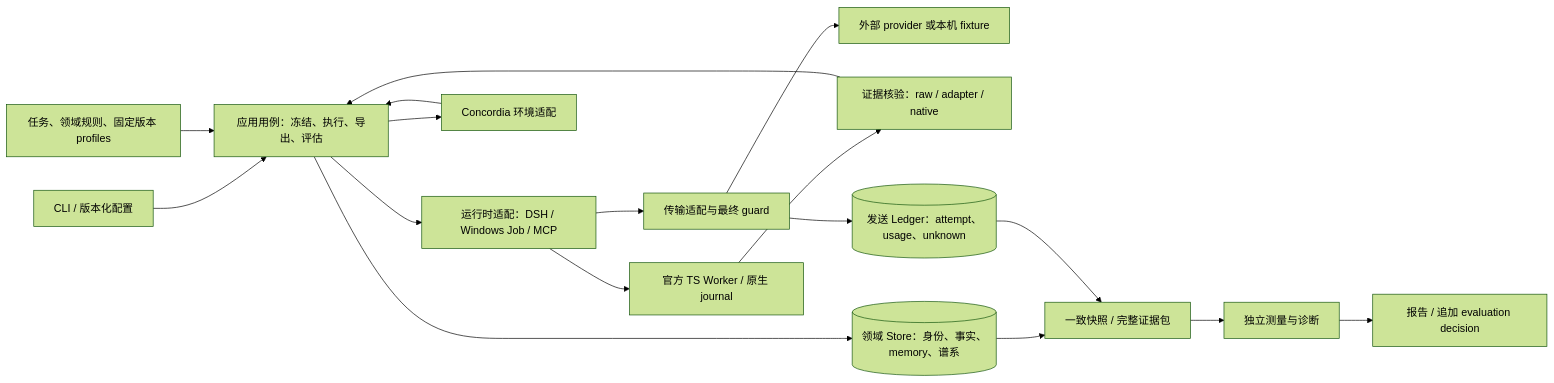
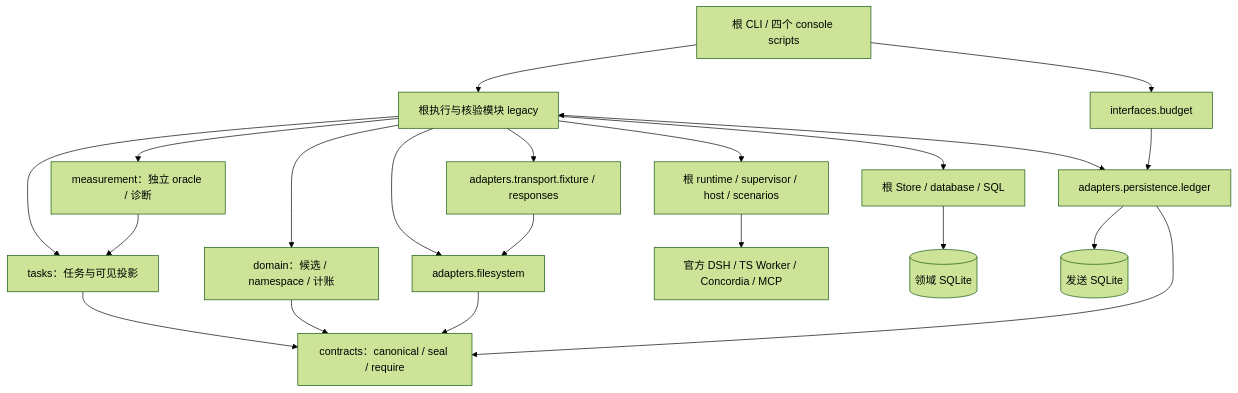
The diagram in docs/architecture/README.md (ChaunceyKung/Actio-RSI-infra), drawn with Mermaid (forest theme) before and after one commit. The commit also changed other lines of this file and 56 other files, not shown here.

````diff
--- a/docs/architecture/README.md
+++ b/docs/architecture/README.md
@@ -15,19 +11,23 @@
 ```mermaid
-flowchart LR
-    I[CLI / 版本化配置] --> A[应用用例：冻结、执行、导出、评估]
-    P[任务、领域规则、固定版本 profiles] --> A
-    A --> R[运行时适配：DSH / Windows Job / MCP]
-    R --> W[官方 TS Worker / 原生 journal]
-    R --> T[传输适配与最终 guard]
-    T --> N[外部 provider 或本机 fixture]
-    W --> V[证据核验：raw / adapter / native]
-    V --> A
-    A --> C[Concordia 环境适配]
-    C --> A
-    A --> S[(领域 Store：身份、事实、memory、谱系)]
-    T --> L[(发送 Ledger：attempt、usage、unknown)]
-    S --> E[一致快照 / 完整证据包]
-    L --> E
-    E --> M[独立测量与诊断]
-    M --> D[报告 / 追加 evaluation decision]
+flowchart TD
+    CLI[根 CLI / 四个 console scripts] --> Legacy[根执行与核验模块 legacy]
+    CLI --> IPC[interfaces.budget]
+    Legacy --> Tasks[tasks：任务与可见投影]
+    Legacy --> Measure[measurement：独立 oracle / 诊断]
+    Measure --> Tasks
+    Legacy --> Domain[domain：候选 / namespace / 计账]
+    Legacy --> FS[adapters.filesystem]
+    Legacy <--> Ledger[adapters.persistence.ledger]
+    IPC --> Ledger
+    Legacy --> Fixture[adapters.transport.fixture / responses]
+    Tasks --> Contracts[contracts：canonical / seal / require]
+    Domain --> Contracts
+    FS --> Contracts
+    Ledger --> Contracts
+    Fixture --> FS
+    Legacy --> Store[根 Store / database / SQL]
+    Legacy --> Runtime[根 runtime / supervisor / host / scenarios]
+    Runtime --> SDK[官方 DSH / TS Worker / Concordia / MCP]
+    Store --> DB[(领域 SQLite)]
+    Ledger --> BudgetDB[(发送 SQLite)]
 ```
````
